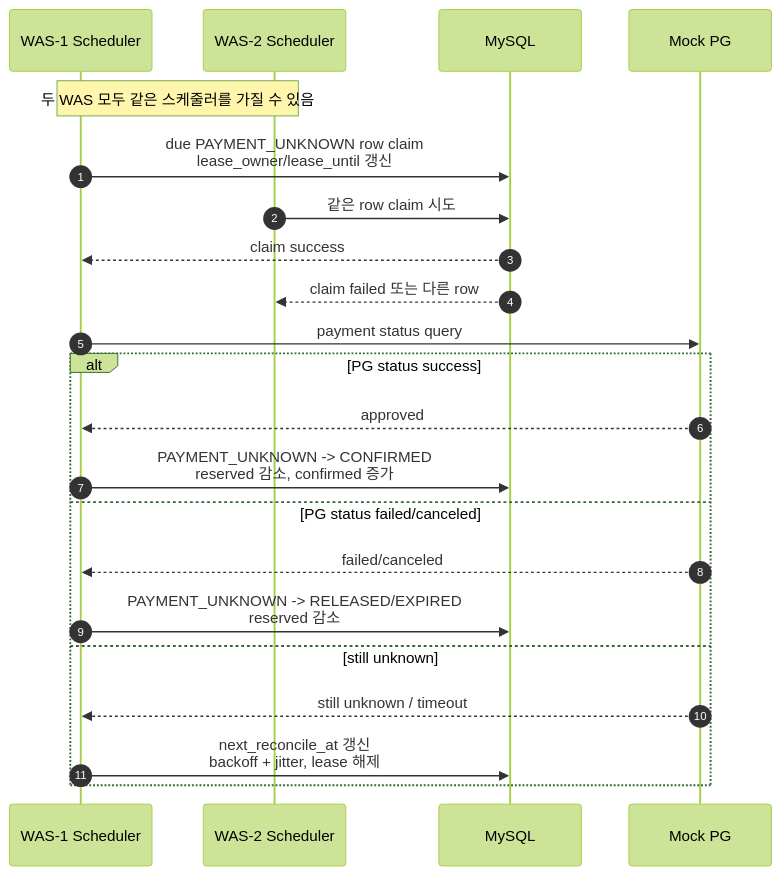
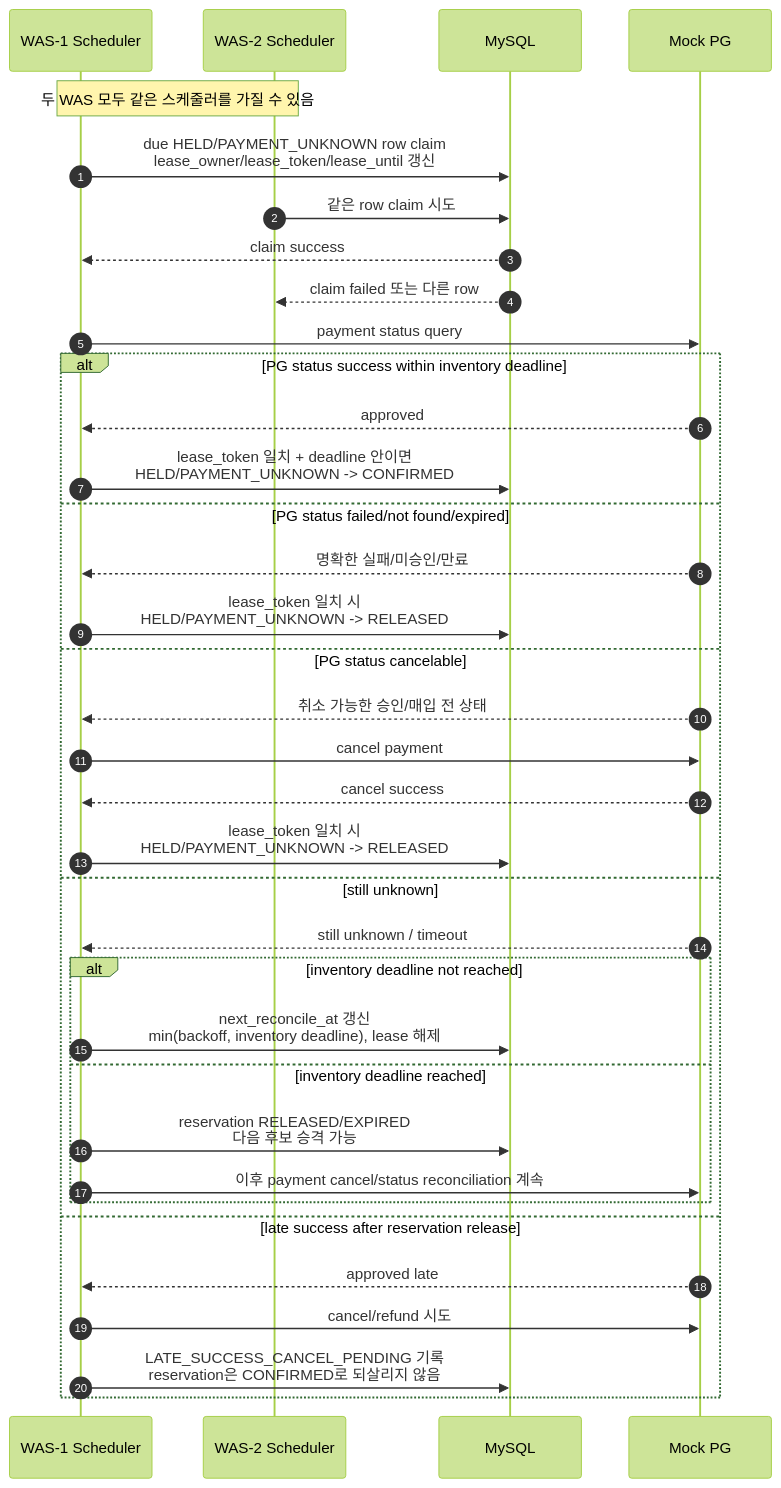
One commit to lsh1215/peak-booking-system changed the fifth of 6 diagrams in docs/system-design/booking-user-flow-mermaid.md. Above: the diagram before and after it, drawn with Mermaid (forest theme). The commit also changed other lines of this file and 7 other files, not shown here.

````diff
--- a/docs/system-design/booking-user-flow-mermaid.md
+++ b/docs/system-design/booking-user-flow-mermaid.md
@@ -162,27 +178,41 @@
 ```mermaid
 sequenceDiagram
     autonumber
     participant S1 as WAS-1 Scheduler
     participant S2 as WAS-2 Scheduler
     participant D as MySQL
     participant P as Mock PG
 
     Note over S1,S2: 두 WAS 모두 같은 스케줄러를 가질 수 있음
-    S1->>D: due PAYMENT_UNKNOWN row claim<br/>lease_owner/lease_until 갱신
+    S1->>D: due HELD/PAYMENT_UNKNOWN row claim<br/>lease_owner/lease_token/lease_until 갱신
     S2->>D: 같은 row claim 시도
     D-->>S1: claim success
     D-->>S2: claim failed 또는 다른 row
 
     S1->>P: payment status query
 
-    alt PG status success
+    alt PG status success within inventory deadline
         P-->>S1: approved
-        S1->>D: PAYMENT_UNKNOWN -> CONFIRMED<br/>reserved 감소, confirmed 증가
-    else PG status failed/canceled
-        P-->>S1: failed/canceled
-        S1->>D: PAYMENT_UNKNOWN -> RELEASED/EXPIRED<br/>reserved 감소
+        S1->>D: lease_token 일치 + deadline 안이면<br/>HELD/PAYMENT_UNKNOWN -> CONFIRMED
+    else PG status failed/not found/expired
+        P-->>S1: 명확한 실패/미승인/만료
+        S1->>D: lease_token 일치 시<br/>HELD/PAYMENT_UNKNOWN -> RELEASED
+    else PG status cancelable
+        P-->>S1: 취소 가능한 승인/매입 전 상태
+        S1->>P: cancel payment
+        P-->>S1: cancel success
+        S1->>D: lease_token 일치 시<br/>HELD/PAYMENT_UNKNOWN -> RELEASED
     else still unknown
         P-->>S1: still unknown / timeout
-        S1->>D: next_reconcile_at 갱신<br/>backoff + jitter, lease 해제
+        alt inventory deadline not reached
+            S1->>D: next_reconcile_at 갱신<br/>min(backoff, inventory deadline), lease 해제
+        else inventory deadline reached
+            S1->>D: reservation RELEASED/EXPIRED<br/>다음 후보 승격 가능
+            S1->>P: 이후 payment cancel/status reconciliation 계속
+        end
+    else late success after reservation release
+        P-->>S1: approved late
+        S1->>P: cancel/refund 시도
+        S1->>D: LATE_SUCCESS_CANCEL_PENDING 기록<br/>reservation은 CONFIRMED로 되살리지 않음
     end
 ```
````
